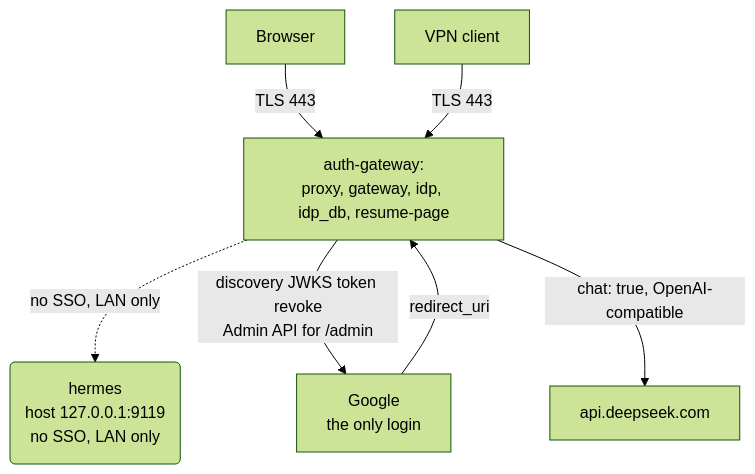
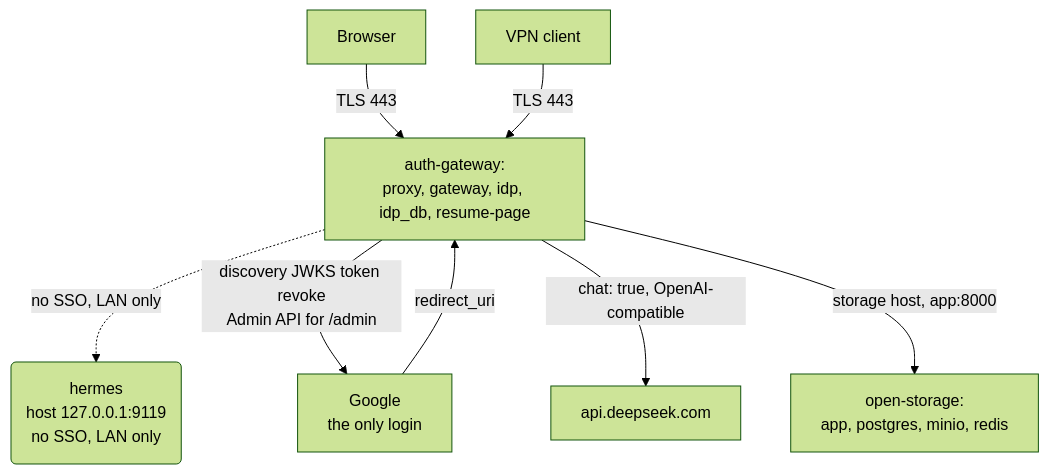
The diagram in docs/init.md (Aleshka5/Open-Storage), drawn with Mermaid (forest theme) before and after one commit. The commit also changed other lines of this file and 9 other files, not shown here.

First line of the commit message:
feat: run open-storage on open_network with its own data services

````diff
--- a/docs/init.md
+++ b/docs/init.md
@@ -19,16 +22,18 @@
 ```mermaid
 flowchart TB
   W["Browser"]
   V["VPN client"]
   G["Google<br/>the only login"]
   DS["api.deepseek.com"]
   AG["auth-gateway:<br/>proxy, gateway, idp, idp_db, resume-page"]
+  OS["open-storage:<br/>app, postgres, minio, redis"]
   HM("hermes<br/>host 127.0.0.1:9119<br/>no SSO, LAN only")
 
   W -->|"TLS 443"| AG
   V -->|"TLS 443"| AG
   AG -.->|"no SSO, LAN only"| HM
   AG -->|"discovery JWKS token revoke<br/>Admin API for /admin"| G
   AG -->|"chat: true, OpenAI-compatible"| DS
+  AG -->|"storage host, app:8000"| OS
   G -->|"redirect_uri"| AG
 ```
````
